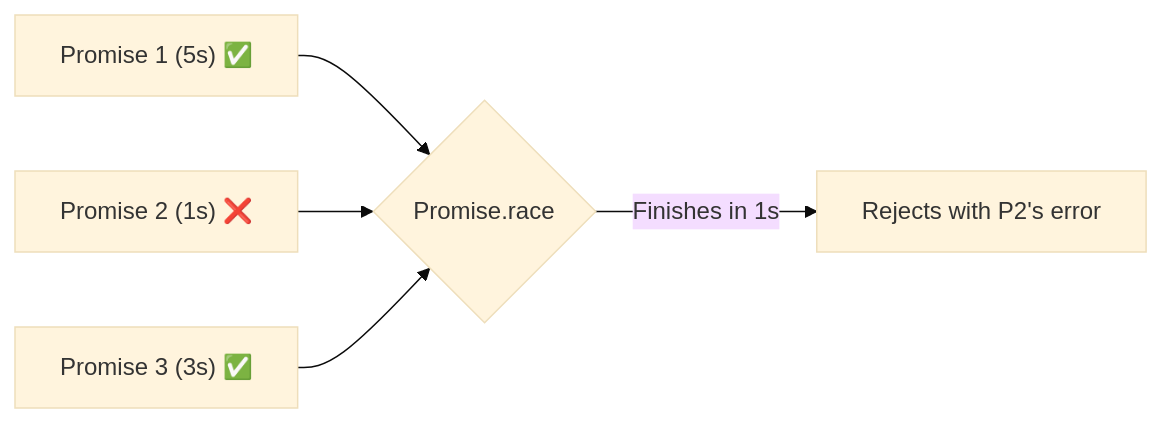
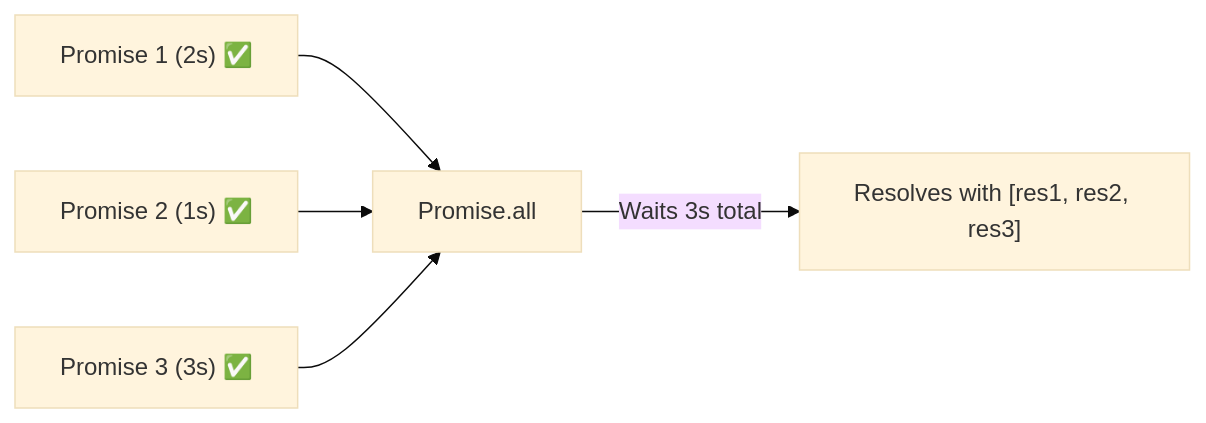
The second of 2 diagrams in src/notes/javascript/5-async/02-async/04-promise-apis.md (rajmpawar-hash/ByteNotes), drawn with Mermaid (base theme) before and after one commit. The commit also changed other lines of this file and 35 other files, not shown here.

Commit message:
chore: deduplicate notes, fix Mermaid syntax, and update GEMINI.md rules

````diff
--- a/src/notes/javascript/5-async/02-async/04-promise-apis.md
+++ b/src/notes/javascript/5-async/02-async/04-promise-apis.md
@@ -56,8 +17,8 @@
 ```mermaid
 flowchart LR
-    A["Promise 1 (5s) ✅"] --> D
-    B["Promise 2 (1s) ❌"] --> D
+    A["Promise 1 (2s) ✅"] --> D
+    B["Promise 2 (1s) ✅"] --> D
     C["Promise 3 (3s) ✅"] --> D
     
-    D{"Promise.race"} -->|Finishes in 1s| E["Rejects with P2's error"]
+    D["Promise.all"] -->|Waits 3s total| E["Resolves with [res1, res2, res3]"]
 ```
````
